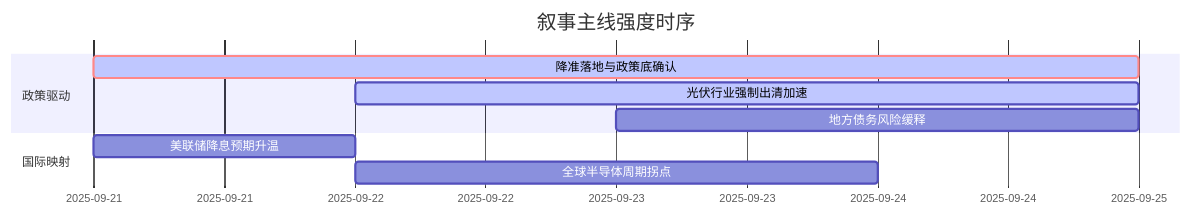
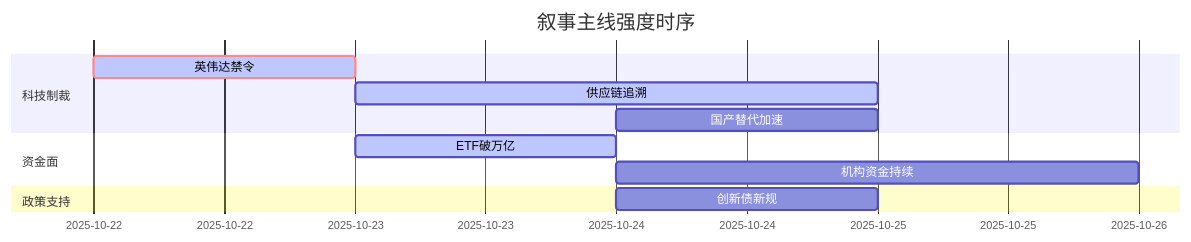
The diagram in 5day_report.md (uu5zn/uu5zn.github.io), drawn with Mermaid before and after one commit. The commit also changed other lines of this file and 2 other files, not shown here.

````diff
--- a/5day_report.md
+++ b/5day_report.md
@@ -51,13 +51,16 @@
 ```mermaid
 gantt
     title 叙事主线强度时序
     dateFormat  YYYY-MM-DD
-    section 政策驱动
-    降准落地与政策底确认   :crit, active, 2025-09-21, 4d
-    光伏行业强制出清加速   :active, 2025-09-22, 3d
-    地方债务风险缓释       :2025-09-23, 2d
+    section 科技制裁
+    英伟达禁令   :crit, active, 2025-10-22, 1d
+    供应链追溯   :active, 2025-10-23, 2d
+    国产替代加速 :2025-10-24, 1d
     
-    section 国际映射
-    美联储降息预期升温     :2025-09-21, 1d
-    全球半导体周期拐点     :2025-09-22, 2d
+    section 资金面
+    ETF破万亿   :active, 2025-10-23, 1d
+    机构资金持续 :2025-10-24, 2d
+    
+    section 政策支持
+    创新债新规   :2025-10-24, 1d
 ```
````
